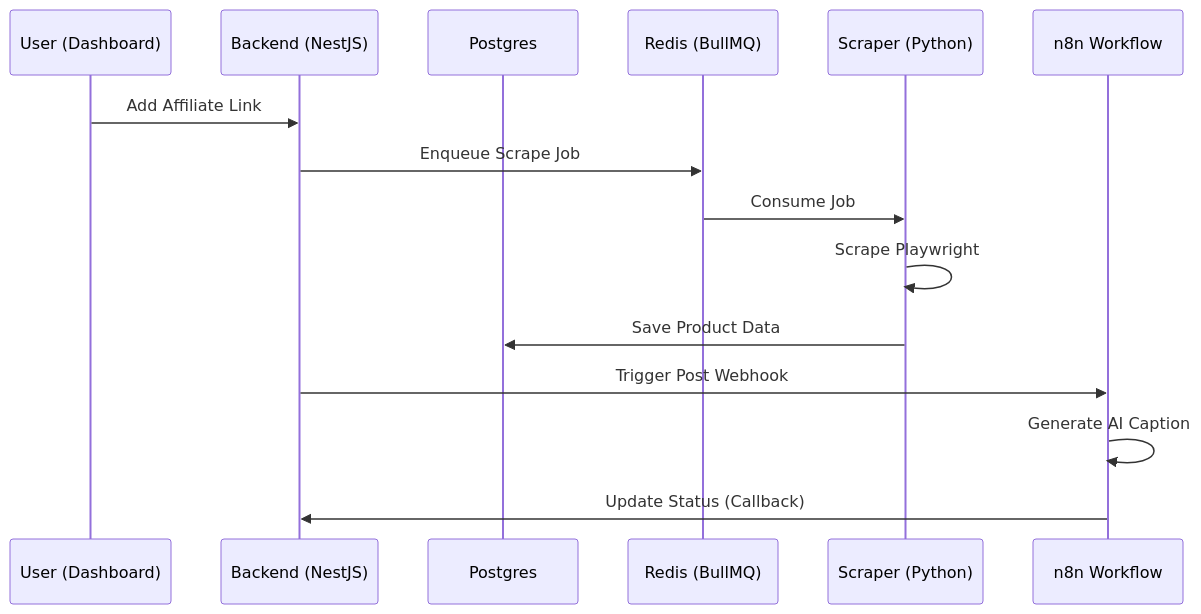
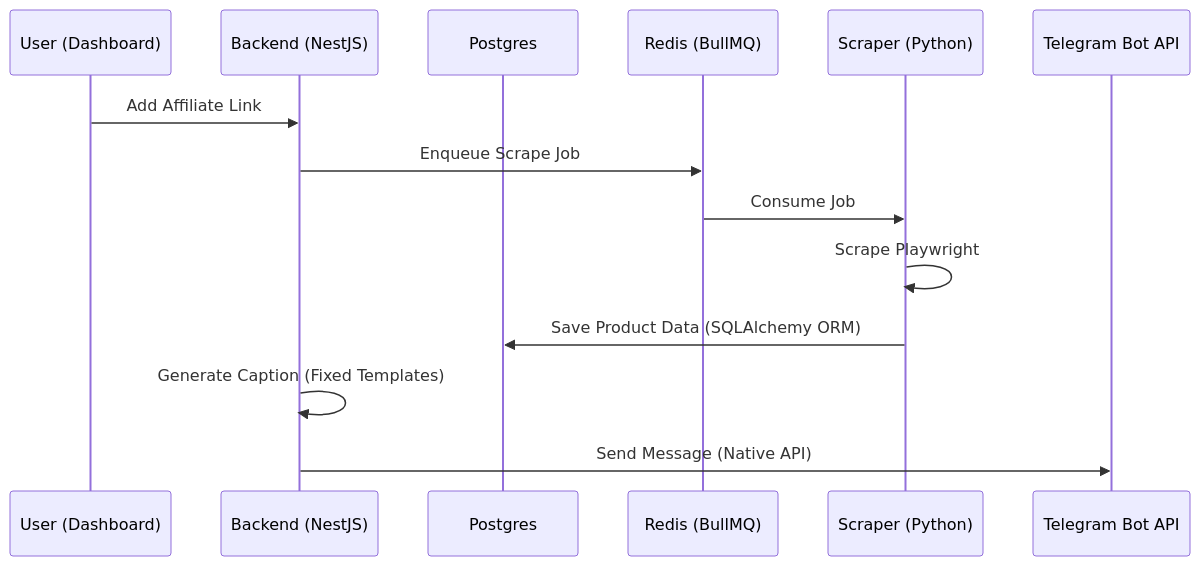
The diagram in ARCHITECTURE.md (MauricioRFilho/auto-post), drawn with Mermaid before and after one commit. The commit also changed other lines of this file and 55 other files, not shown here.

````diff
--- a/ARCHITECTURE.md
+++ b/ARCHITECTURE.md
@@ -18,18 +17,17 @@
 ```mermaid
 sequenceDiagram
     participant User as User (Dashboard)
     participant API as Backend (NestJS)
     participant DB as Postgres
     participant Redis as Redis (BullMQ)
     participant Worker as Scraper (Python)
-    participant n8n as n8n Workflow
+    participant Telegram as Telegram Bot API
 
     User->>API: Add Affiliate Link
     API->>Redis: Enqueue Scrape Job
     Redis->>Worker: Consume Job
     Worker->>Worker: Scrape Playwright
-    Worker->>DB: Save Product Data
-    API->>n8n: Trigger Post Webhook
-    n8n->>n8n: Generate AI Caption
-    n8n->>API: Update Status (Callback)
+    Worker->>DB: Save Product Data (SQLAlchemy ORM)
+    API->>API: Generate Caption (Fixed Templates)
+    API->>Telegram: Send Message (Native API)
 ```
````
